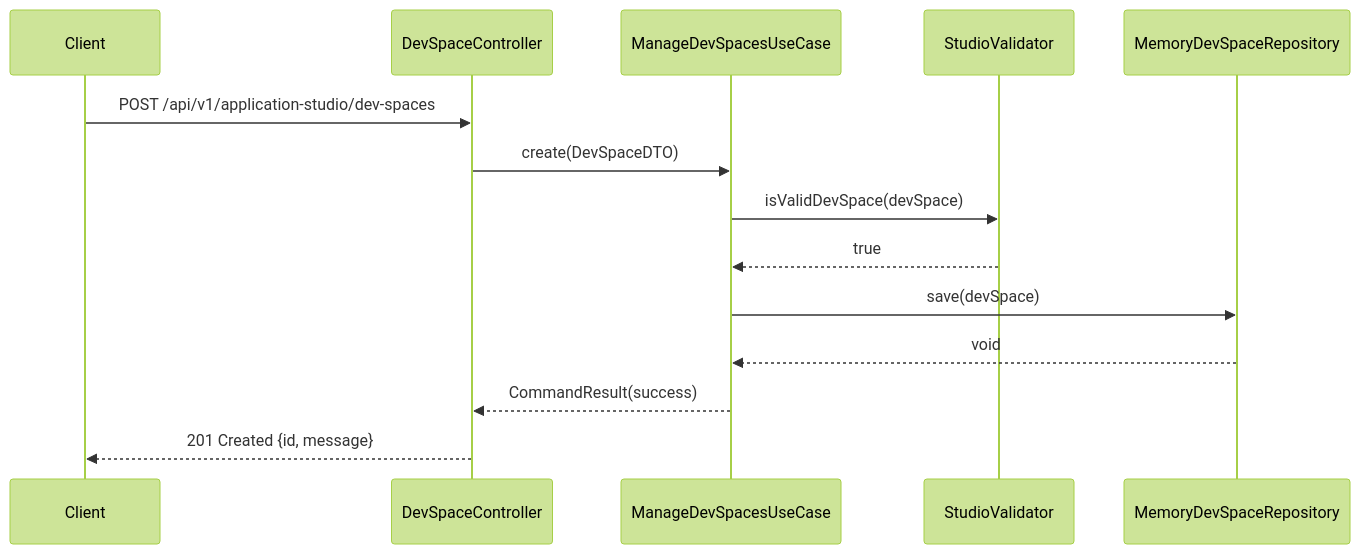
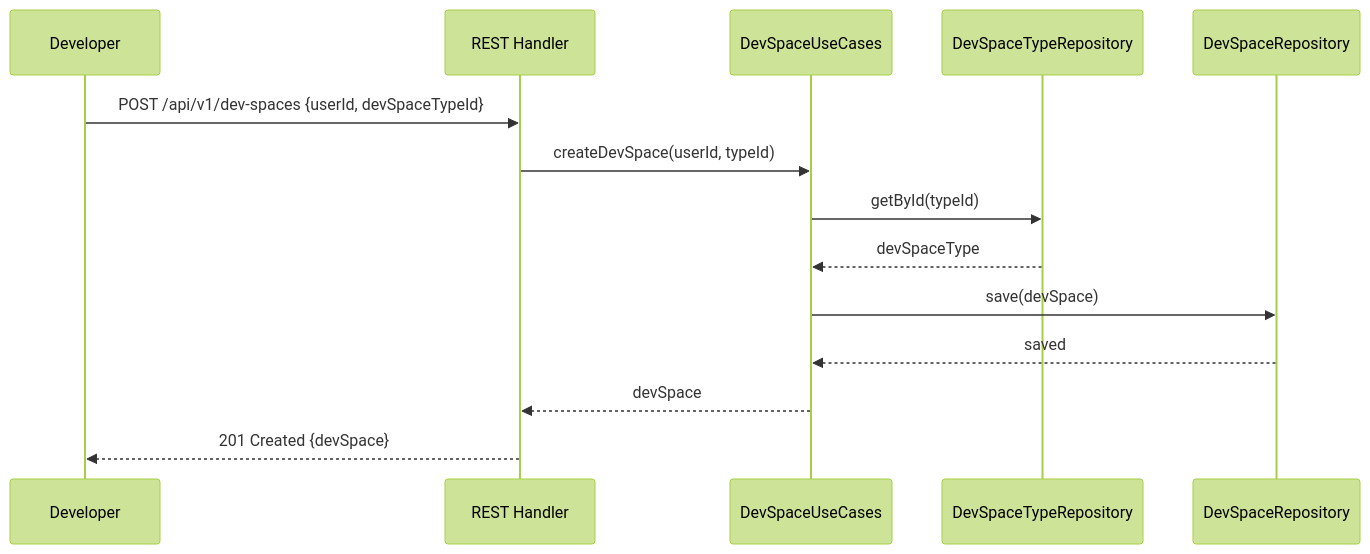
One commit to UIMSolutions/uim-platform changed the third of 3 diagrams in application-studio/UML.md. Above: the diagram before and after it, drawn with Mermaid (forest theme). The commit also changed other lines of this file and 128 other files, not shown here.

Commit message:
Refactor UML documentation for Task Center and Transport services; streamline class diagrams, sequence diagrams, and component diagrams for clarity and consistency. Update NAFv4 architecture description to enhance structure and readability. Adjust container module imports for better organization.

````diff
--- a/application-studio/UML.md
+++ b/application-studio/UML.md
@@ -359,17 +109,17 @@
 ```mermaid
 sequenceDiagram
-    participant Client
-    participant DevSpaceController
-    participant ManageDevSpacesUseCase
-    participant StudioValidator
-    participant MemoryDevSpaceRepository
+    participant D as Developer
+    participant R as REST Handler
+    participant UC as DevSpaceUseCases
+    participant DTR as DevSpaceTypeRepository
+    participant DSR as DevSpaceRepository
 
-    Client->>DevSpaceController: POST /api/v1/application-studio/dev-spaces
-    DevSpaceController->>ManageDevSpacesUseCase: create(DevSpaceDTO)
-    ManageDevSpacesUseCase->>StudioValidator: isValidDevSpace(devSpace)
-    StudioValidator-->>ManageDevSpacesUseCase: true
-    ManageDevSpacesUseCase->>MemoryDevSpaceRepository: save(devSpace)
-    MemoryDevSpaceRepository-->>ManageDevSpacesUseCase: void
-    ManageDevSpacesUseCase-->>DevSpaceController: CommandResult(success)
-    DevSpaceController-->>Client: 201 Created {id, message}
+    D->>R: POST /api/v1/dev-spaces {userId, devSpaceTypeId}
+    R->>UC: createDevSpace(userId, typeId)
+    UC->>DTR: getById(typeId)
+    DTR-->>UC: devSpaceType
+    UC->>DSR: save(devSpace)
+    DSR-->>UC: saved
+    UC-->>R: devSpace
+    R-->>D: 201 Created {devSpace}
 ```
````
